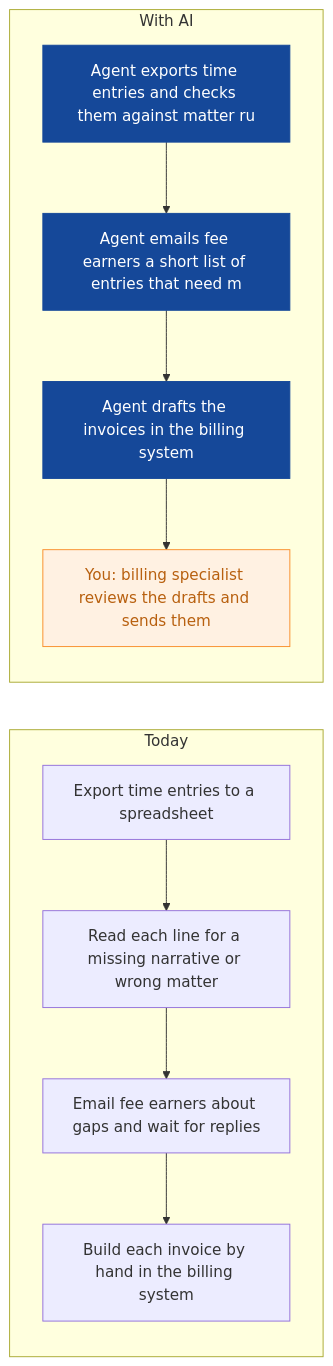
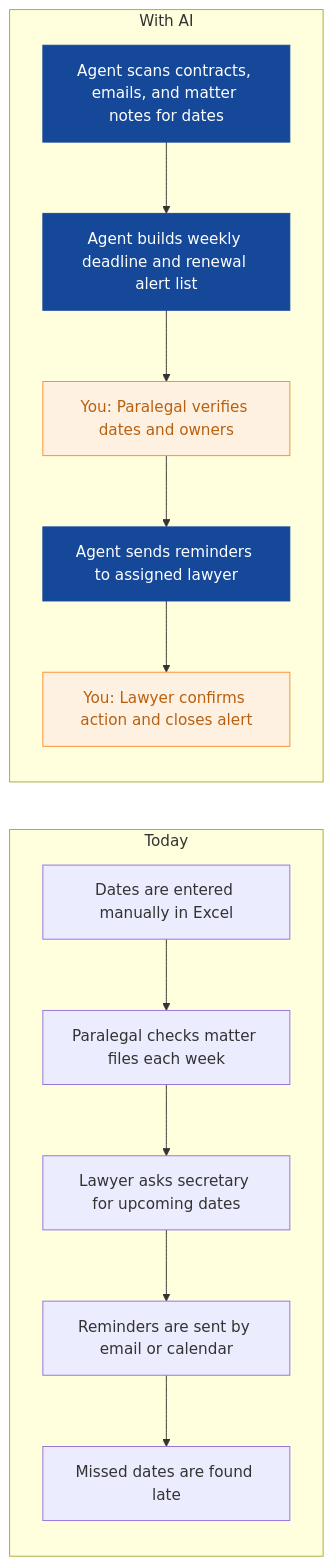
Before and after one commit to nexibeo/Complete-AI-Strategy: the third of 9 diagrams in strategies/lumen-legal.md, drawn with Mermaid. The commit also changed other lines of this file and 26 other files, not shown here.

````diff
--- a/strategies/lumen-legal.md
+++ b/strategies/lumen-legal.md
@@ -105,21 +111,23 @@
 ```mermaid
 flowchart LR
   subgraph Today
-    B0["Export time entries to a spreadsheet"]
-    B1["Read each line for a missing narrative or wrong matter"]
-    B2["Email fee earners about gaps and wait for replies"]
-    B3["Build each invoice by hand in the billing system"]
-    B0 --> B1 --> B2 --> B3
+    B0["Dates are entered manually in Excel"]
+    B1["Paralegal checks matter files each week"]
+    B2["Lawyer asks secretary for upcoming dates"]
+    B3["Reminders are sent by email or calendar"]
+    B4["Missed dates are found late"]
+    B0 --> B1 --> B2 --> B3 --> B4
   end
   subgraph WithAI[With AI]
-    A0["Agent exports time entries and checks them against matter ru"]
-    A1["Agent emails fee earners a short list of entries that need m"]
-    A2["Agent drafts the invoices in the billing system"]
-    A3["You: billing specialist reviews the drafts and sends them"]
-    A0 --> A1 --> A2 --> A3
+    A0["Agent scans contracts, emails, and matter notes for dates"]
+    A1["Agent builds weekly deadline and renewal alert list"]
+    A2["You: Paralegal verifies dates and owners"]
+    A3["Agent sends reminders to assigned lawyer"]
+    A4["You: Lawyer confirms action and closes alert"]
+    A0 --> A1 --> A2 --> A3 --> A4
   end
   classDef ai fill:#154899,color:#fff,stroke:#154899
   classDef human fill:#FFF1E2,color:#B8600F,stroke:#F98F2C
-  class A0,A1,A2 ai
-  class A3 human
+  class A0,A1,A3 ai
+  class A2,A4 human
 ```
````
